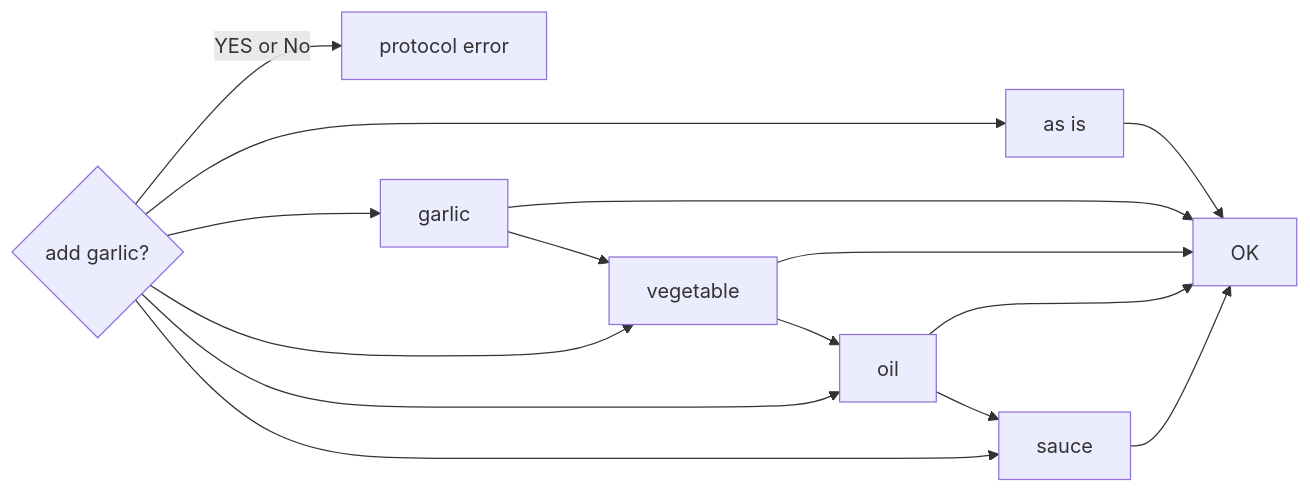
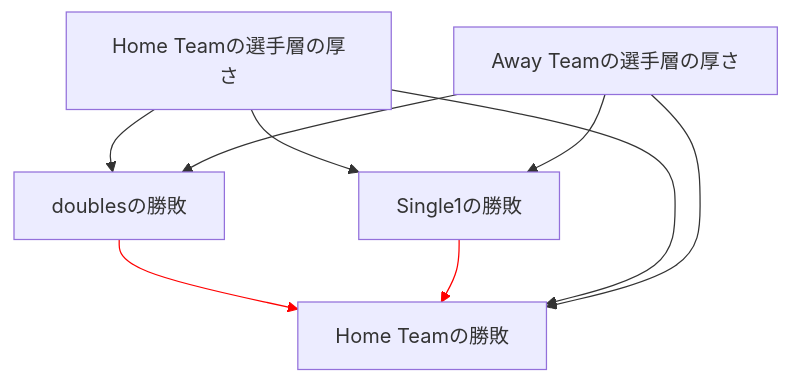
Before and after one commit to morinota/TIL: the third of 5 diagrams in Statistical Causal Inference/backdoor_criterion_wholeseminar/slides.md, drawn with Mermaid. The commit also changed other lines of this file and 1 other file, not shown here.

````diff
--- a/Statistical Causal Inference/backdoor_criterion_wholeseminar/slides.md
+++ b/Statistical Causal Inference/backdoor_criterion_wholeseminar/slides.md
@@ -325,25 +161,13 @@
 ```mermaid
-graph LR
-    A{add garlic?}
-    B[OK]
-    C[protocol error <br>]
-    D[as is]
-    E[garlic]
-    F[vegetable]
-    G[oil]
-    H[sauce]
-    A -->|YES or No| C
-    A --> D
-    A --> E
-    E --> F
-    A --> F
-    F --> G
-    A --> G
-    G --> H
-    A --> H
-    D --> B
-    E --> B
-    F --> B
-    G --> B
-    H --> B
+flowchart TD
+A[doublesの勝敗] --> B[Home Teamの勝敗]
+C[Single1の勝敗] --> B
+D[Home Teamの選手層の厚さ] -->A
+D-->B
+D -->C
+E[Away Teamの選手層の厚さ] --> A
+E-->B
+E-->C
+linkStyle 0 stroke:red
+linkStyle 1 stroke:red
 ```
````
